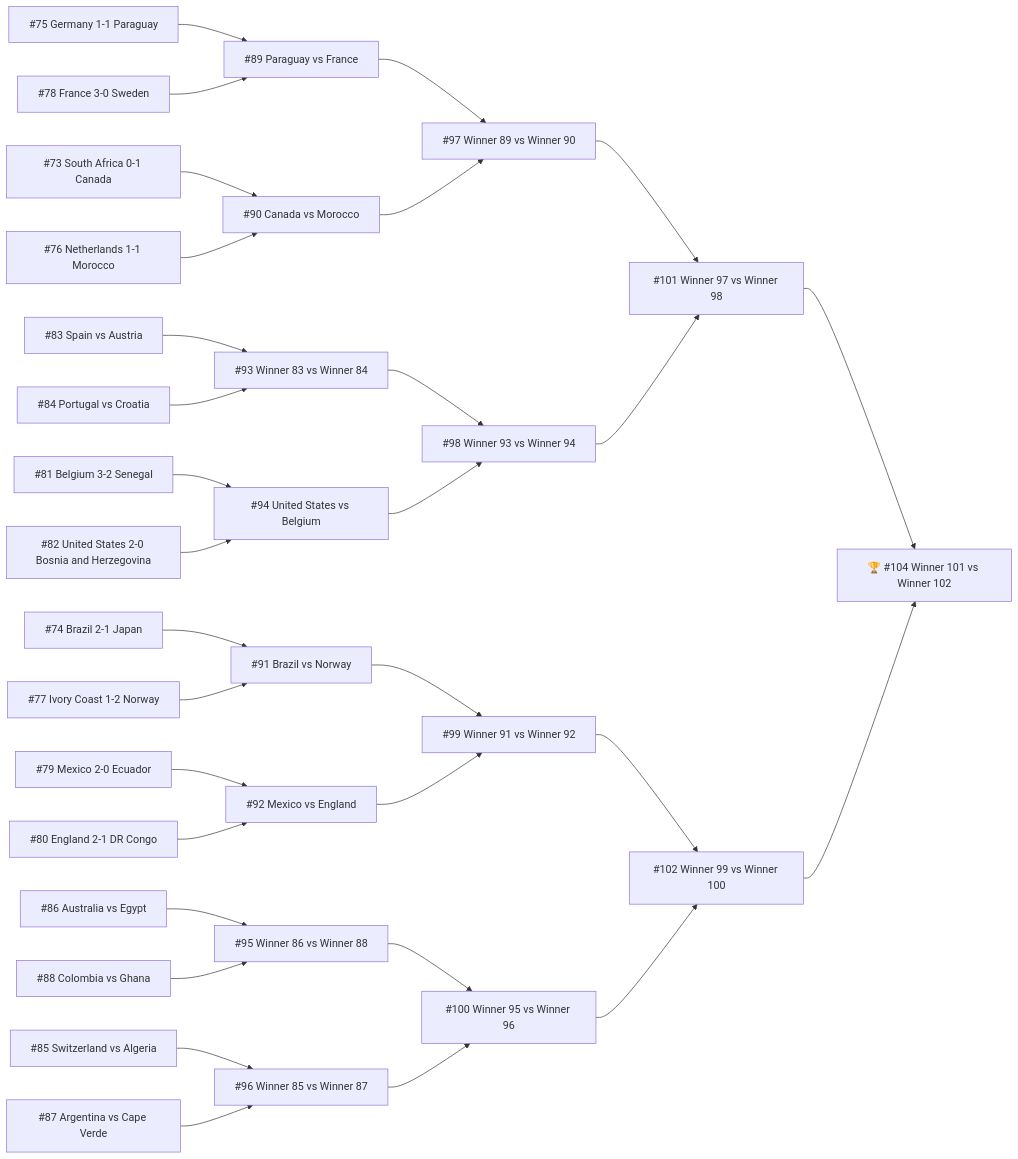
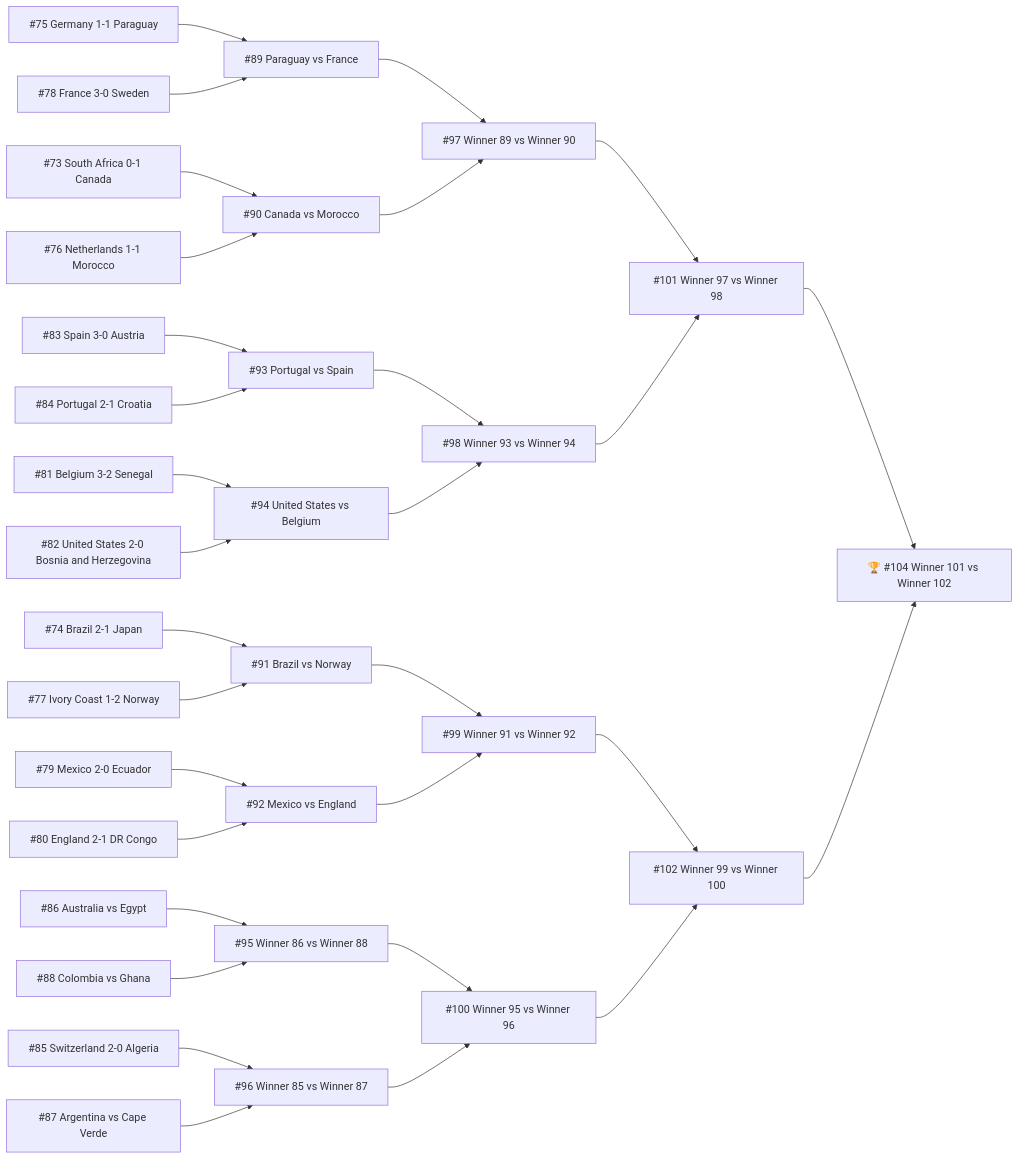
Before and after one commit to didiowen/theyears: the diagram in src/site/notes/Area/Football/World Cup 2026.md, drawn with Mermaid. The commit also changed 1 other file, not shown here.

Commit message:
auto: WC2026 update 2026-07-03

````diff
--- a/src/site/notes/Area/Football/World Cup 2026.md
+++ b/src/site/notes/Area/Football/World Cup 2026.md
@@ -485,64 +485,64 @@
 ```mermaid
 flowchart LR
   M73["#73 South Africa 0-1 Canada"]
   M74["#74 Brazil 2-1 Japan"]
   M75["#75 Germany 1-1 Paraguay"]
   M76["#76 Netherlands 1-1 Morocco"]
   M77["#77 Ivory Coast 1-2 Norway"]
   M78["#78 France 3-0 Sweden"]
   M79["#79 Mexico 2-0 Ecuador"]
   M80["#80 England 2-1 DR Congo"]
   M81["#81 Belgium 3-2 Senegal"]
   M82["#82 United States 2-0 Bosnia and Herzegovina"]
-  M83["#83 Spain vs Austria"]
-  M84["#84 Portugal vs Croatia"]
-  M85["#85 Switzerland vs Algeria"]
+  M83["#83 Spain 3-0 Austria"]
+  M84["#84 Portugal 2-1 Croatia"]
+  M85["#85 Switzerland 2-0 Algeria"]
   M86["#86 Australia vs Egypt"]
   M87["#87 Argentina vs Cape Verde"]
   M88["#88 Colombia vs Ghana"]
   M89["#89 Paraguay vs France"]
   M90["#90 Canada vs Morocco"]
   M91["#91 Brazil vs Norway"]
   M92["#92 Mexico vs England"]
-  M93["#93 Winner 83 vs Winner 84"]
+  M93["#93 Portugal vs Spain"]
   M94["#94 United States vs Belgium"]
   M95["#95 Winner 86 vs Winner 88"]
   M96["#96 Winner 85 vs Winner 87"]
   M97["#97 Winner 89 vs Winner 90"]
   M98["#98 Winner 93 vs Winner 94"]
   M99["#99 Winner 91 vs Winner 92"]
   M100["#100 Winner 95 vs Winner 96"]
   M101["#101 Winner 97 vs Winner 98"]
   M102["#102 Winner 99 vs Winner 100"]
   M104["🏆 #104 Winner 101 vs Winner 102"]
   M75 --> M89
   M78 --> M89
   M73 --> M90
   M76 --> M90
   M74 --> M91
   M77 --> M91
   M79 --> M92
   M80 --> M92
   M83 --> M93
   M84 --> M93
   M81 --> M94
   M82 --> M94
   M86 --> M95
   M88 --> M95
   M85 --> M96
   M87 --> M96
   M89 --> M97
   M90 --> M97
   M93 --> M98
   M94 --> M98
   M91 --> M99
   M92 --> M99
   M95 --> M100
   M96 --> M100
   M97 --> M101
   M98 --> M101
   M99 --> M102
   M100 --> M102
   M101 --> M104
   M102 --> M104
 ```
````
